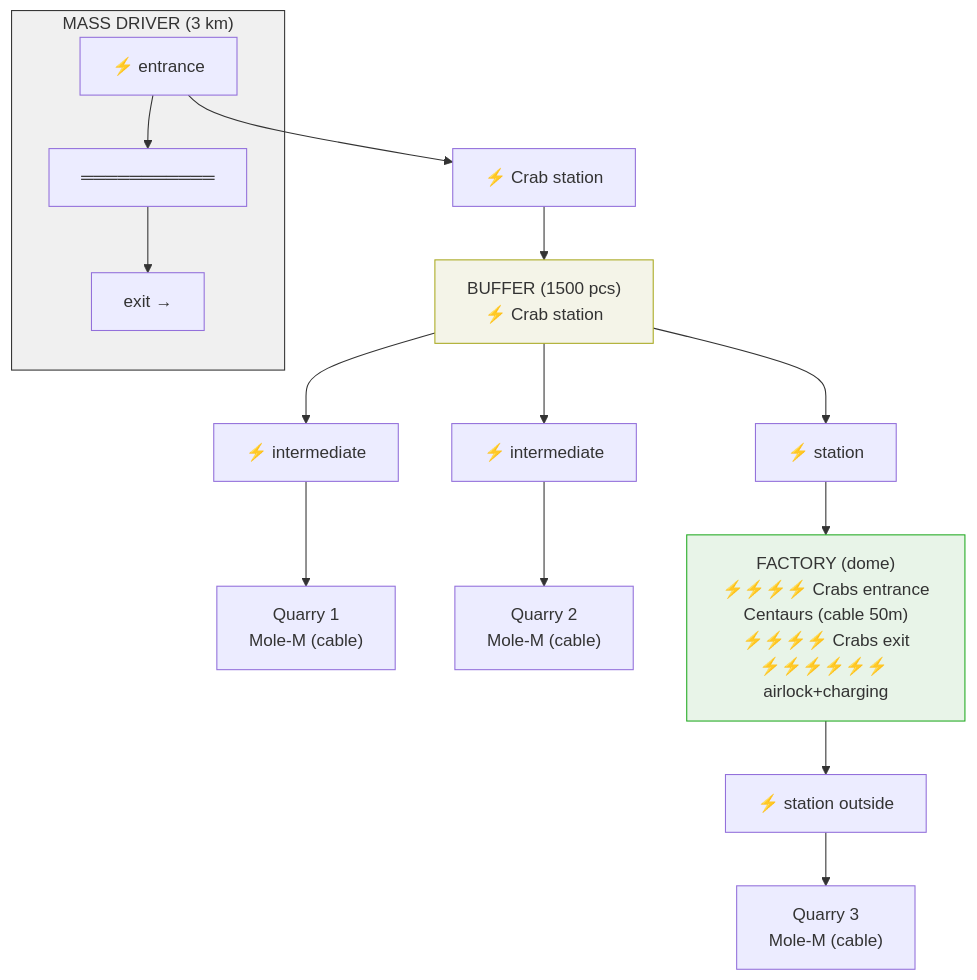
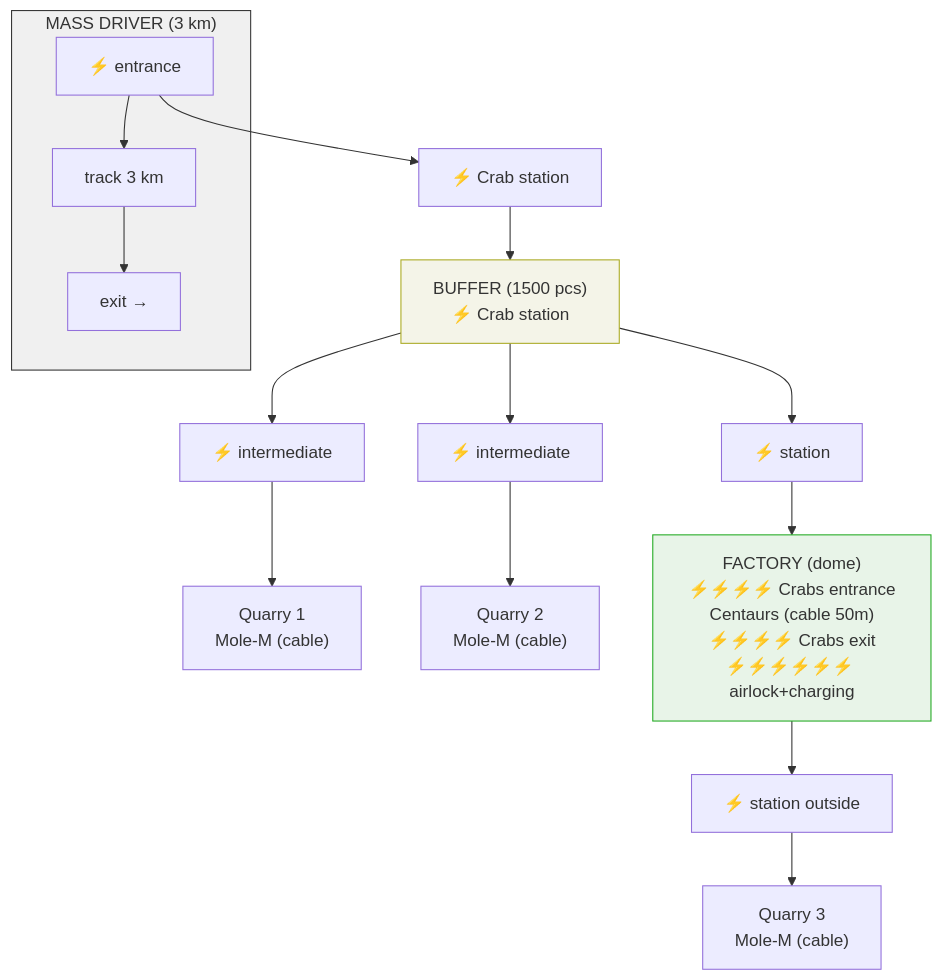
Before and after one commit to DmitryNasikanov/infinite-energy: the fourth of 6 diagrams in en/science/detailed/production.qmd, drawn with Mermaid. The commit also changed 4 other files, not shown here.

First line of the commit message:
Fix: sidebar collapse + ASCII diagram in production.qmd

````diff
--- a/en/science/detailed/production.qmd
+++ b/en/science/detailed/production.qmd
@@ -443,26 +443,26 @@
 ```{mermaid}
 %%| fig-width: 10
 flowchart TB
     subgraph MD["MASS DRIVER (3 km)"]
-        MD_IN["⚡ entrance"] --> MD_TRACK["═══════════"] --> MD_OUT["exit →"]
+        MD_IN["⚡ entrance"] --> MD_TRACK["track 3 km"] --> MD_OUT["exit →"]
     end
 
     MD_IN --> CS1["⚡ Crab station"]
     CS1 --> BUF["BUFFER (1500 pcs)<br/>⚡ Crab station"]
 
     BUF --> INT1["⚡ intermediate"]
     BUF --> ST["⚡ station"]
     BUF --> INT2["⚡ intermediate"]
 
     INT1 --> Q1["Quarry 1<br/>Mole-M (cable)"]
     INT2 --> Q2["Quarry 2<br/>Mole-M (cable)"]
 
     ST --> FAC["FACTORY (dome)<br/>⚡⚡⚡⚡ Crabs entrance<br/>Centaurs (cable 50m)<br/>⚡⚡⚡⚡ Crabs exit<br/>⚡⚡⚡⚡⚡⚡ airlock+charging"]
 
     FAC --> EXT["⚡ station outside"]
     EXT --> Q3["Quarry 3<br/>Mole-M (cable)"]
 
     style MD fill:#f0f0f0,stroke:#333
     style FAC fill:#e8f4e8,stroke:#2a2
     style BUF fill:#f4f4e8,stroke:#aa2
 ```
````
